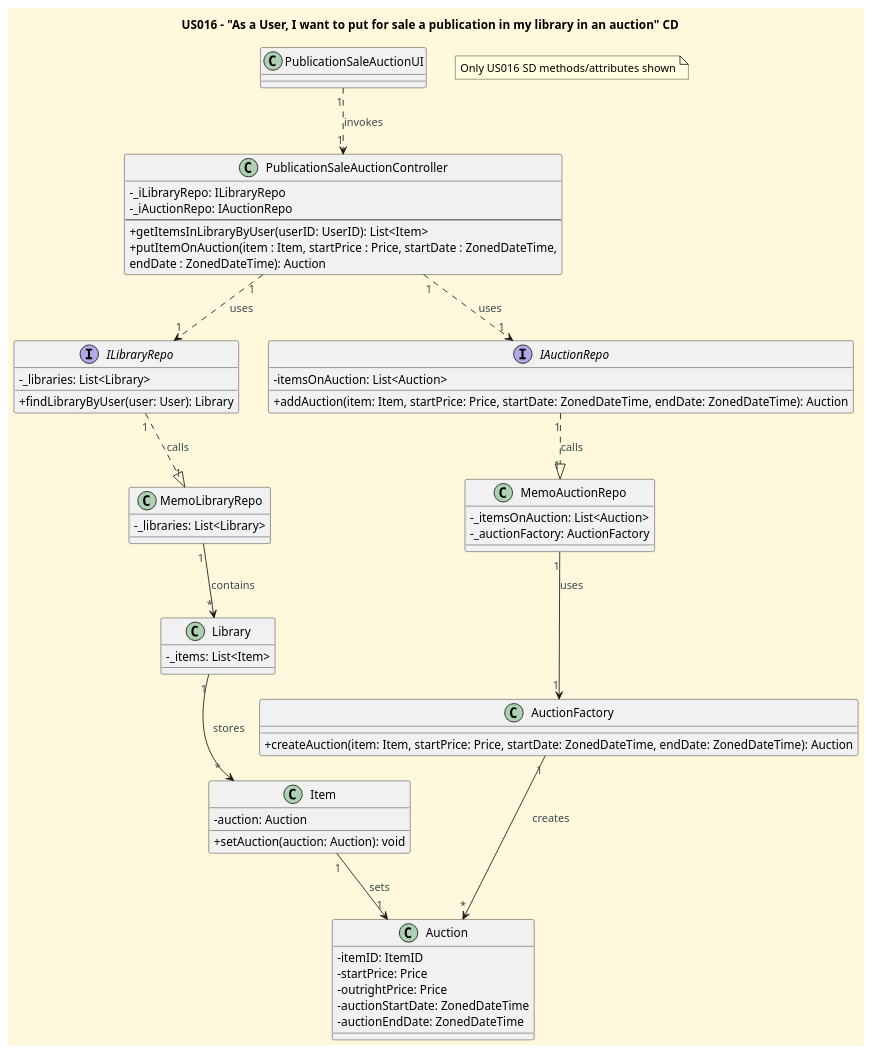
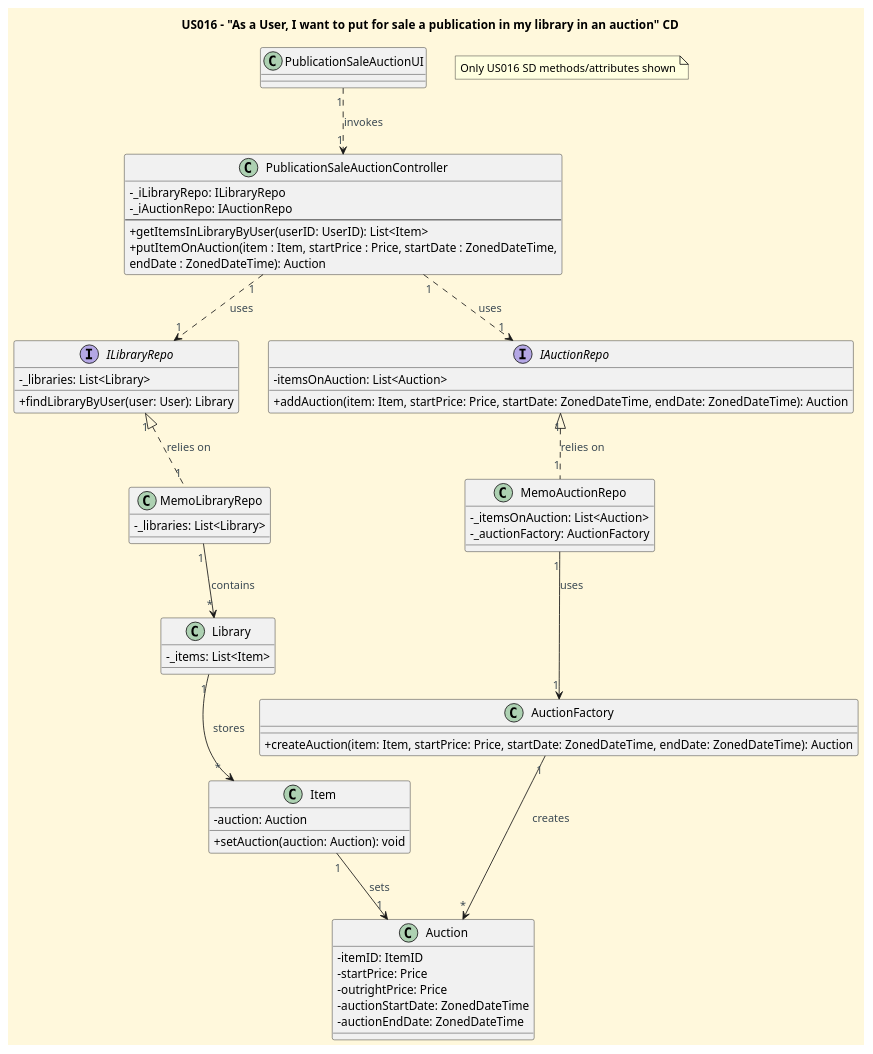
One commit to CarolinaLeite-collab/JavaMarketplacePlatform changed the diagram in docs/userStories/US016/US016_publication_sale_auction_CD.puml. Above: the diagram before and after it, drawn with PlantUML. The commit also changed 1 other file, not shown here.

Commit message:
Small correction to CD and SD diagrams of US016, #387

```diff
--- a/docs/userStories/US016/US016_publication_sale_auction_CD.puml
+++ b/docs/userStories/US016/US016_publication_sale_auction_CD.puml
@@ -1,97 +1,97 @@
 @startuml
 'https://plantuml.com/class-diagram
 title US016 – "As a User, I want to put for sale a publication in my library in an auction" CD
 
 '==== basic style ====
 skinparam monochrome false
 skinparam shadowing false
 skinparam defaultFontName Futura
 skinparam objectFontSize 20
 skinparam backgroundColor CornSilk
 skinparam objectBackgroundColor WhiteSmoke
 skinparam noteBackgroundColor #FFFFE0
 skinparam ArrowFontColor #3B4953
 skinparam ActivationBackgroundColor black
 skinparam classAttributeIconSize 0
 
 '=== Classes ===
 class PublicationSaleAuctionUI {
 }
 
 class PublicationSaleAuctionController {
   - _iLibraryRepo: ILibraryRepo
   - _iAuctionRepo: IAuctionRepo
   --
   + getItemsInLibraryByUser(userID: UserID): List<Item>
   + putItemOnAuction(item : Item, startPrice : Price, startDate : ZonedDateTime,
                             endDate : ZonedDateTime): Auction
 }
 
 Interface ILibraryRepo {
   - _libraries: List<Library>
   + findLibraryByUser(user: User): Library
 }
 
 class MemoLibraryRepo {
   - _libraries: List<Library>
 }
 
 
 class Item {
   - auction: Auction
   + setAuction(auction: Auction): void
 }
 
 Interface IAuctionRepo {
   - itemsOnAuction: List<Auction>
   + addAuction(item: Item, startPrice: Price, startDate: ZonedDateTime, endDate: ZonedDateTime): Auction
 }
 
 class MemoAuctionRepo {
 -_itemsOnAuction: List<Auction>
 -_auctionFactory: AuctionFactory
 }
 
 class Auction {
 - itemID: ItemID
 - startPrice: Price
 - outrightPrice: Price
 - auctionStartDate: ZonedDateTime
 - auctionEndDate: ZonedDateTime
 }
 
 class AuctionFactory {
   + createAuction(item: Item, startPrice: Price, startDate: ZonedDateTime, endDate: ZonedDateTime): Auction
 }
 
 class Library {
 -_items: List<Item>
 }
 
 '=== Relationships ===
 ' UI → Controller
 PublicationSaleAuctionUI "1" ..> "1" PublicationSaleAuctionController : invokes
 
 ' Controller → Interfaces
 PublicationSaleAuctionController "1" ..> "1" ILibraryRepo : uses
 PublicationSaleAuctionController "1" ..> "1" IAuctionRepo : uses
 
 ' Interfaces → Repos
-ILibraryRepo "1" ..|> "1" MemoLibraryRepo : calls
-IAuctionRepo "1" ..|> "1" MemoAuctionRepo : calls
+ILibraryRepo "1" <|.. "1" MemoLibraryRepo : relies on
+IAuctionRepo "1" <|.. "1" MemoAuctionRepo : relies on
 
 ' Repos delegate creation to factories
 MemoAuctionRepo "1" --> "1" AuctionFactory : uses
 AuctionFactory "1" --> "*" Auction : creates
 
 MemoLibraryRepo "1" --> "*" Library : contains
 Library "1" --> "*" Item : stores
 
 ' Tem sets Auction
 Item "1" --> "1" Auction : sets
 
 note as N1
  Only US016 SD methods/attributes shown
 end note
 
 @enduml
```
